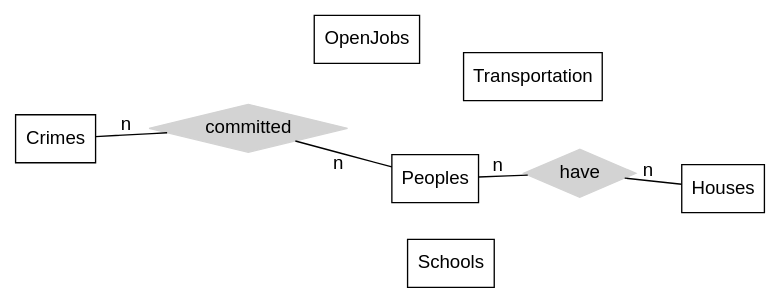
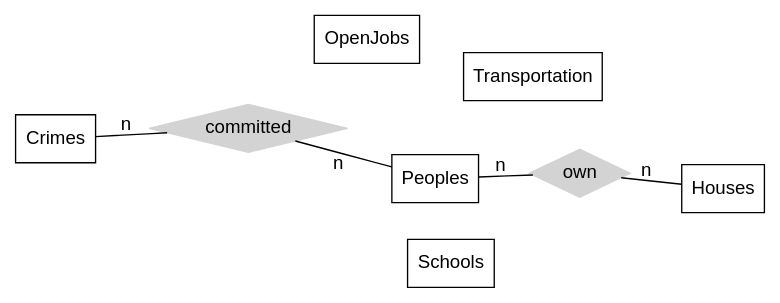
The diagram in reports/ChenDiagram.qmd (cmsc-vcu/cmsc508-fa2023-prj-VA_better_placegroup39), drawn with Graphviz before and after one commit. The commit also changed 5 other files, not shown here.

Commit message:
ERD diagrams updated

````diff
--- a/reports/ChenDiagram.qmd
+++ b/reports/ChenDiagram.qmd
@@ -1,19 +1,19 @@
 ```{dot}
 //| echo: false
 graph ER {
     fontname="Helvetica,Arial,sans-serif"
     node [fontname="Helvetica,Arial,sans-serif"]
     edge [fontname="Helvetica,Arial,sans-serif"]
     layout=neato
     node [shape=box]; Crimes; Houses; OpenJobs; Peoples; Schools; Transportation;
-    node [shape=diamond,style=filled,color=lightgrey]; "committed"; "have";
+    node [shape=diamond,style=filled,color=lightgrey]; "committed"; "own";
 
     Peoples -- "committed" [label="n",len=2.00];
     "committed" -- Crimes [label="n",len=2.00];
 
-    Peoples -- "have"[label="n",len=1.50];
-    "have" -- Houses [label="n",len=1.50];
+    Peoples -- "own"[label="n",len=1.50];
+    "own" -- Houses [label="n",len=1.50];
     
     fontsize=20;
 }
 ``` 
````
